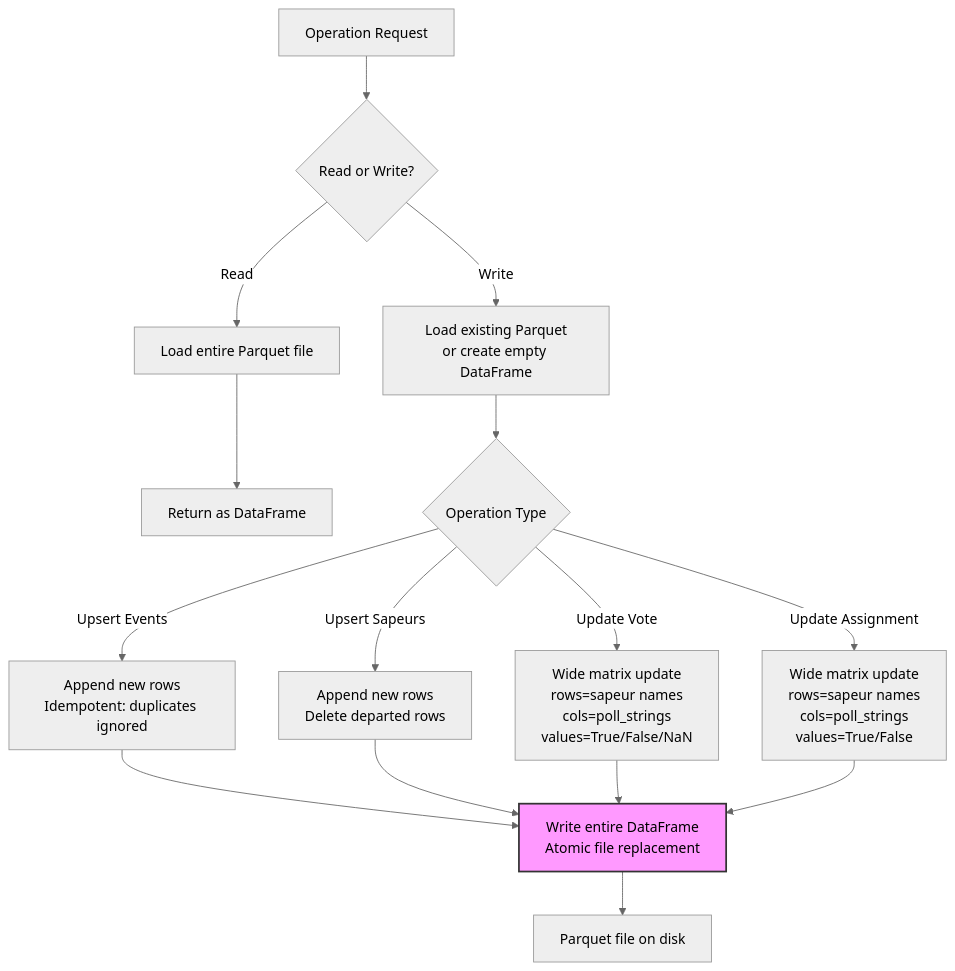
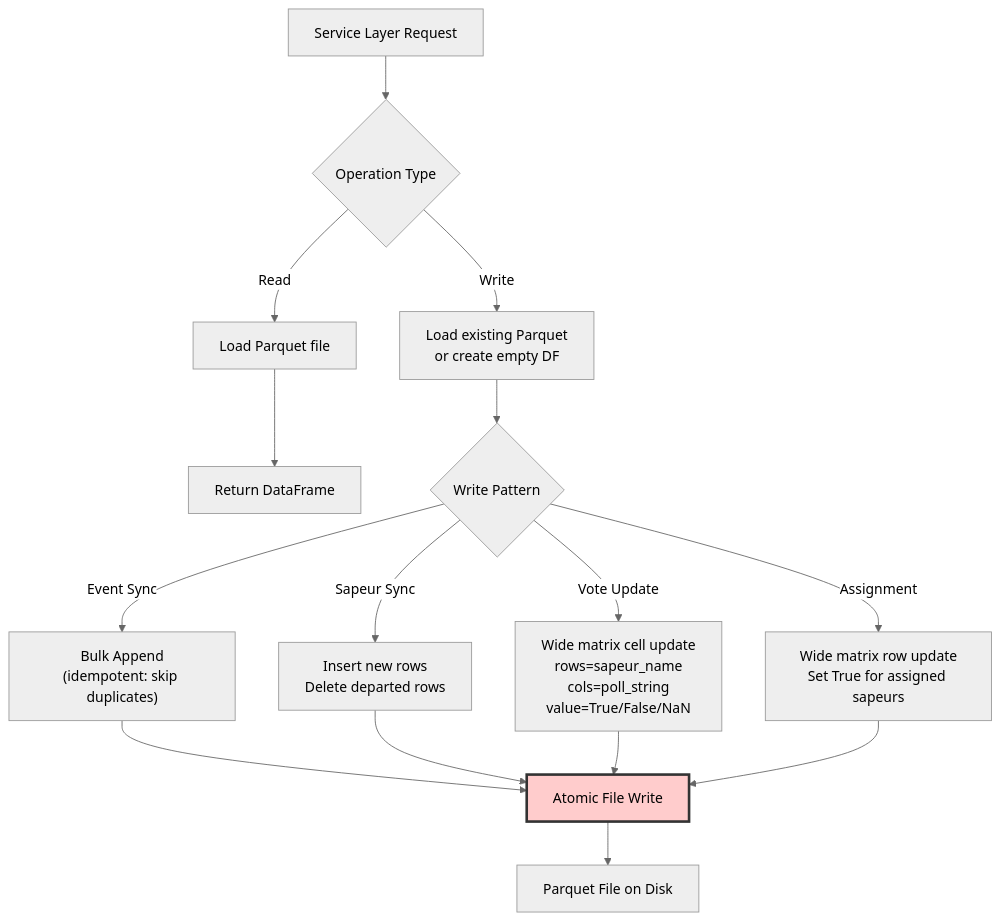
One commit to Gardebot/Gardebot changed the fifth of 5 diagrams in README.md. Above: the diagram before and after it, drawn with Mermaid (neutral theme). The commit also changed other lines of this file, not shown here.

````diff
--- a/README.md
+++ b/README.md
@@ -197,24 +183,24 @@
 ```mermaid
 graph TD
-    A[Operation Request] --> B{Read or Write?}
+    A[Service Layer Request] --> B{Operation Type}
     
-    B -->|Read| C[Load entire Parquet file]
-    C --> D[Return as DataFrame]
+    B -->|Read| C[Load Parquet file]
+    C --> D[Return DataFrame]
     
-    B -->|Write| E[Load existing Parquet<br/>or create empty DataFrame]
-    E --> F{Operation Type}
+    B -->|Write| E[Load existing Parquet<br/>or create empty DF]
+    E --> F{Write Pattern}
     
-    F -->|Upsert Events| G[Append new rows<br/>Idempotent: duplicates ignored]
-    F -->|Upsert Sapeurs| H[Append new rows<br/>Delete departed rows]
-    F -->|Update Vote| I[Wide matrix update<br/>rows=sapeur names<br/>cols=poll_strings<br/>values=True/False/NaN]
-    F -->|Update Assignment| J[Wide matrix update<br/>rows=sapeur names<br/>cols=poll_strings<br/>values=True/False]
+    F -->|Event Sync| G["Bulk Append<br/>(idempotent: skip duplicates)"]
+    F -->|Sapeur Sync| H["Insert new rows<br/>Delete departed rows"]
+    F -->|Vote Update| I["Wide matrix cell update<br/>rows=sapeur_name<br/>cols=poll_string<br/>value=True/False/NaN"]
+    F -->|Assignment| J["Wide matrix row update<br/>Set True for assigned sapeurs"]
     
-    G --> K[Write entire DataFrame<br/>Atomic file replacement]
+    G --> K[Atomic File Write]
     H --> K
     I --> K
     J --> K
     
-    K --> L[Parquet file on disk]
+    K --> L[Parquet File on Disk]
     
-    style K fill:#f9f,stroke:#333,stroke-width:2px
+    style K fill:#ffcccc,stroke:#333,stroke-width:3px
 ```
````
